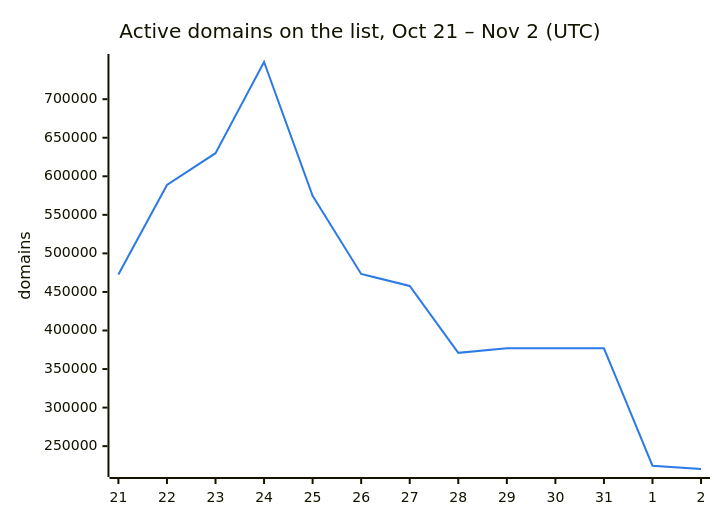
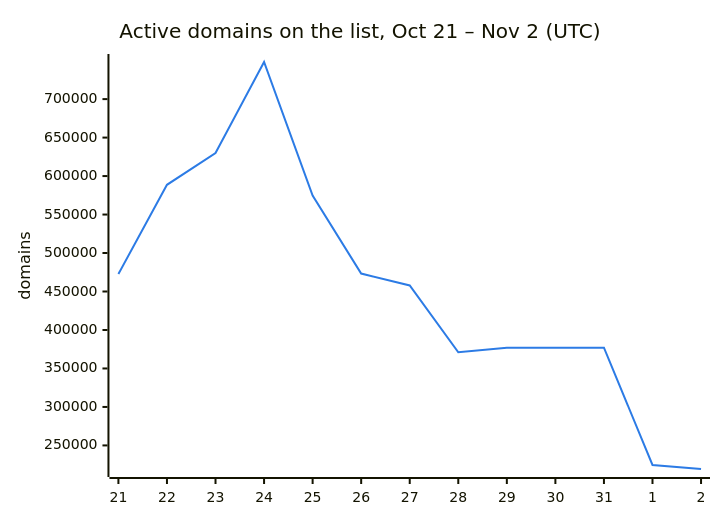
The second of 3 diagrams in README.md (DNSBunker/CTI), drawn with Mermaid before and after one commit. The commit also changed other lines of this file and 3 other files, not shown here.

````diff
--- a/README.md
+++ b/README.md
@@ -38,8 +38,8 @@
 ```mermaid
 %%{init: {"themeVariables": {"xyChart": {"plotColorPalette": "#2c7be5"}}}}%%
 xychart-beta
     title "Active domains on the list, Oct 21 – Nov 2 (UTC)"
     x-axis ["21", "22", "23", "24", "25", "26", "27", "28", "29", "30", "31", "1", "2"]
     y-axis "domains"
-    line [472713, 588659, 629951, 748222, 574614, 473331, 457795, 371010, 376945, 376945, 376945, 224607, 220367]
+    line [472713, 588659, 629951, 748222, 574614, 473331, 457795, 371010, 376945, 376945, 376945, 224607, 219362]
 ```
````
